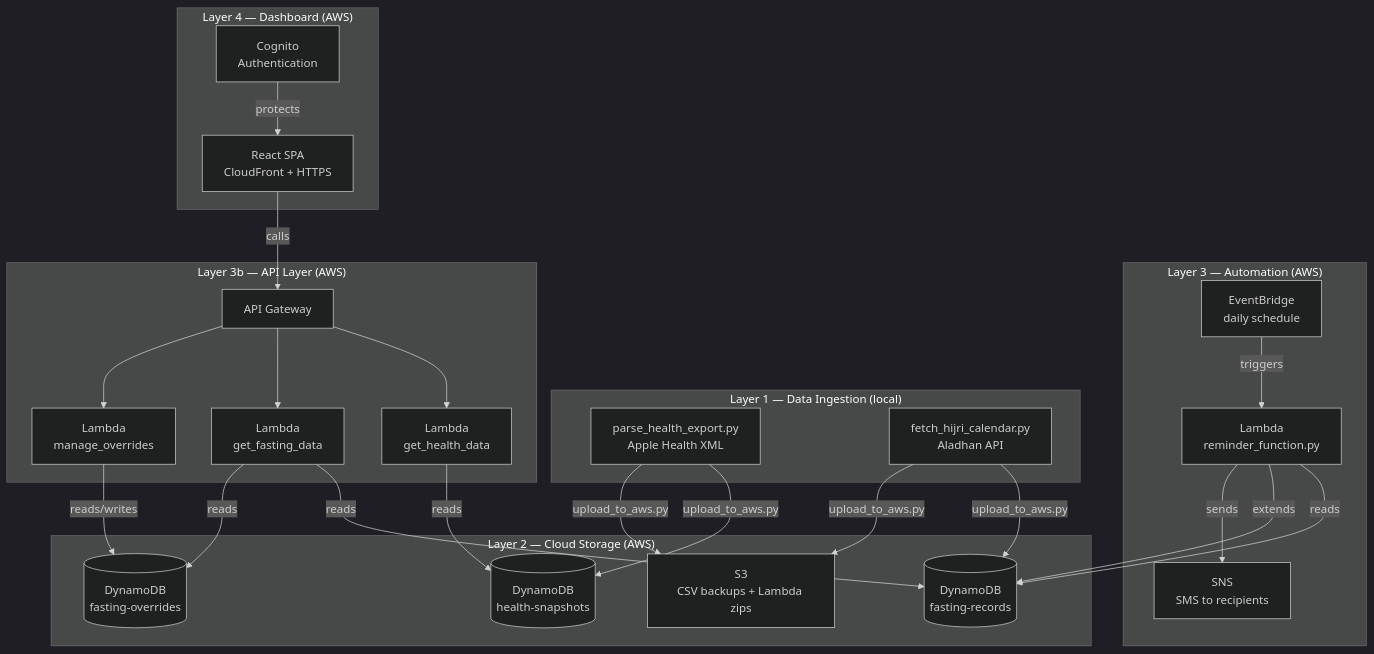
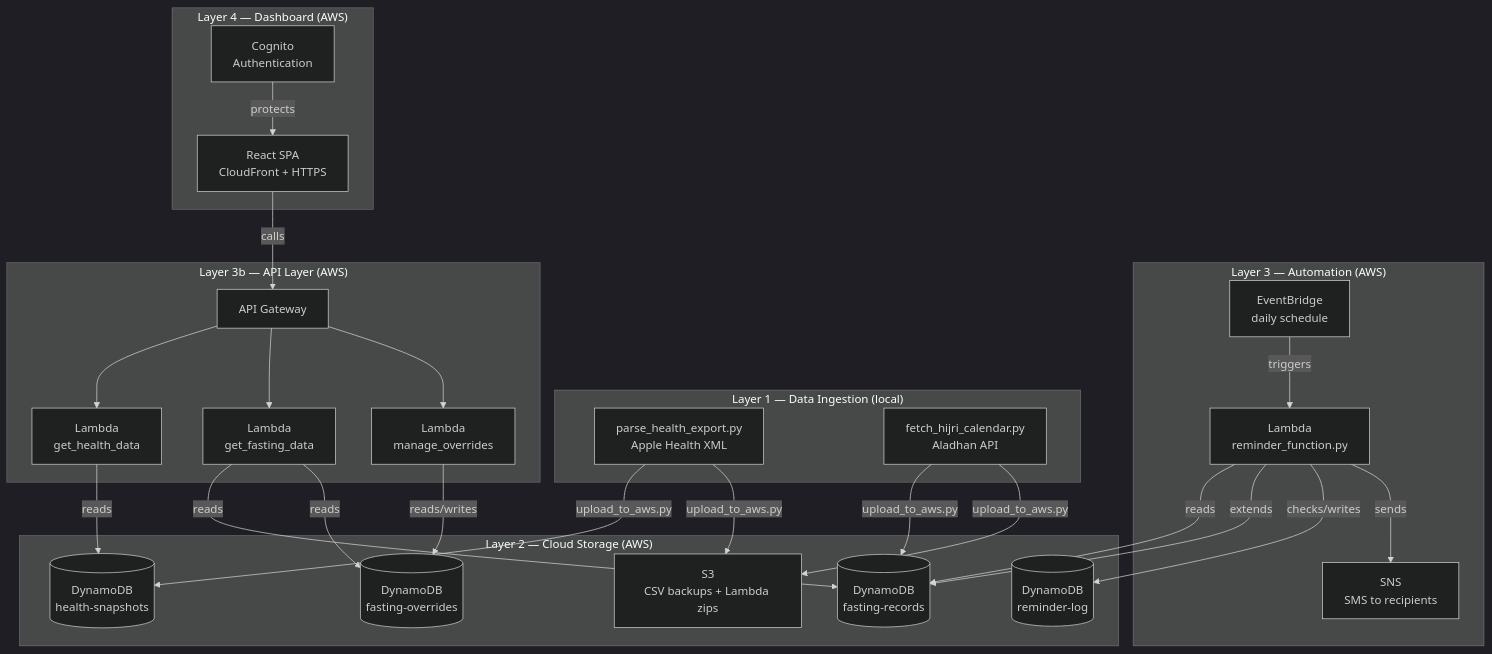
The diagram in README.md (rrzaman/fasting-tracker), drawn with Mermaid (dark theme) before and after one commit. The commit also changed 9 other files, not shown here.

Commit message:
Added idempotent reminder tracking with new DynamoDB reminder-log table.

````diff
--- a/README.md
+++ b/README.md
@@ -73,47 +73,49 @@
 ```mermaid
 flowchart TD
     subgraph Local["Layer 1 — Data Ingestion (local)"]
         A[parse_health_export.py\nApple Health XML]
         B[fetch_hijri_calendar.py\nAladhan API]
     end
 
     subgraph Storage["Layer 2 — Cloud Storage (AWS)"]
         C[(DynamoDB\nhealth-snapshots)]
         D[(DynamoDB\nfasting-records)]
         E[(DynamoDB\nfasting-overrides)]
+        R[(DynamoDB\nreminder-log)]
         F[S3\nCSV backups + Lambda zips]
     end
 
     subgraph Automation["Layer 3 — Automation (AWS)"]
         G[EventBridge\ndaily schedule]
         H[Lambda\nreminder_function.py]
         I[SNS\nSMS to recipients]
     end
 
     subgraph APILayer["Layer 3b — API Layer (AWS)"]
         J[API Gateway]
         K[Lambda\nget_health_data]
         L[Lambda\nget_fasting_data]
         M[Lambda\nmanage_overrides]
     end
 
     subgraph Frontend["Layer 4 — Dashboard (AWS)"]
         N[Cognito\nAuthentication]
         O[React SPA\nCloudFront + HTTPS]
     end
 
     A -->|upload_to_aws.py| C
     A -->|upload_to_aws.py| F
     B -->|upload_to_aws.py| D
     B -->|upload_to_aws.py| F
     G -->|triggers| H
     H -->|reads| D
     H -->|extends| D
+    H -->|checks/writes| R
     H -->|sends| I
     J --> K & L & M
     K -->|reads| C
     L -->|reads| D & E
     M -->|reads/writes| E
     N -->|protects| O
     O -->|calls| J
 ```
````
